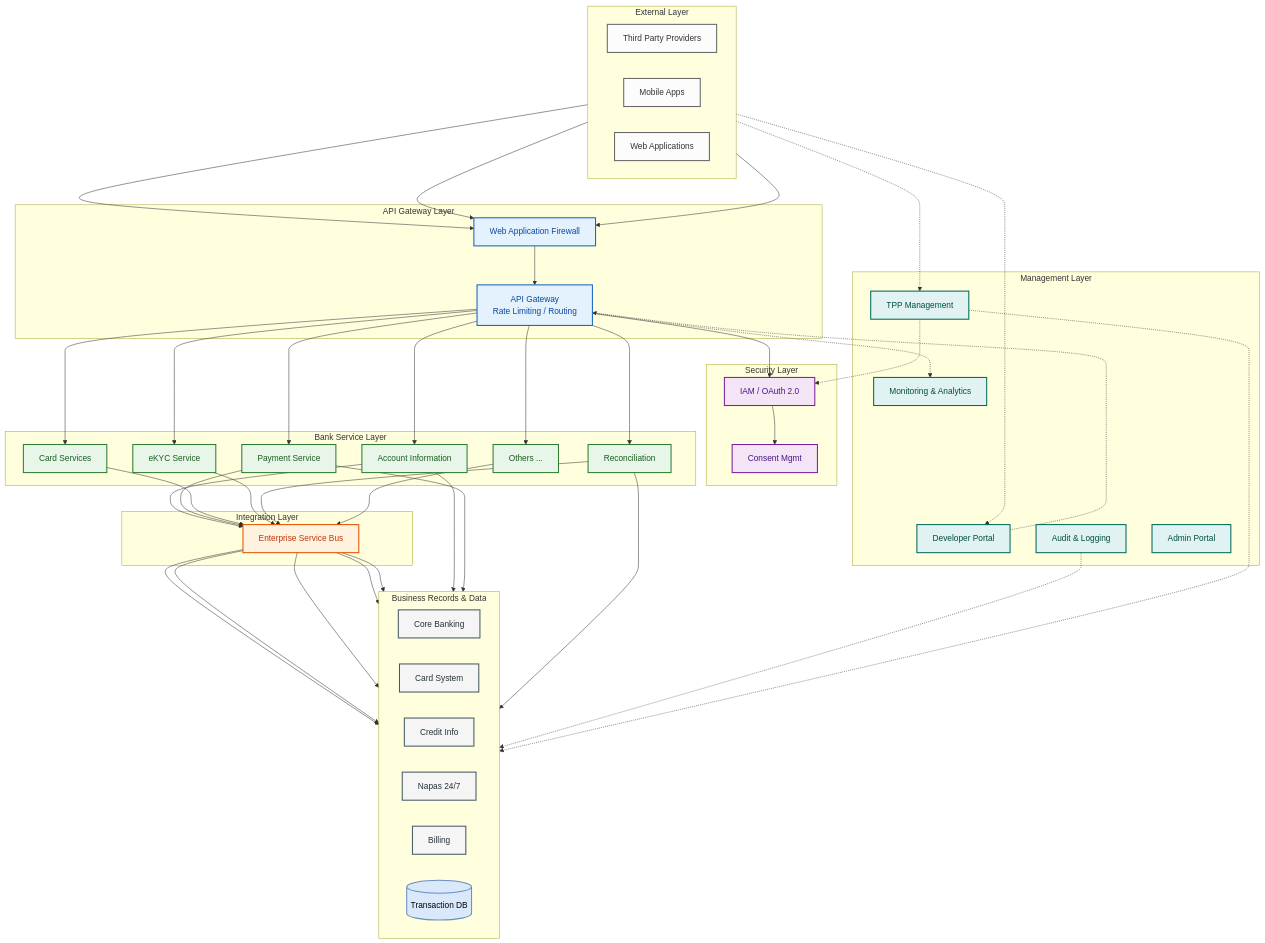
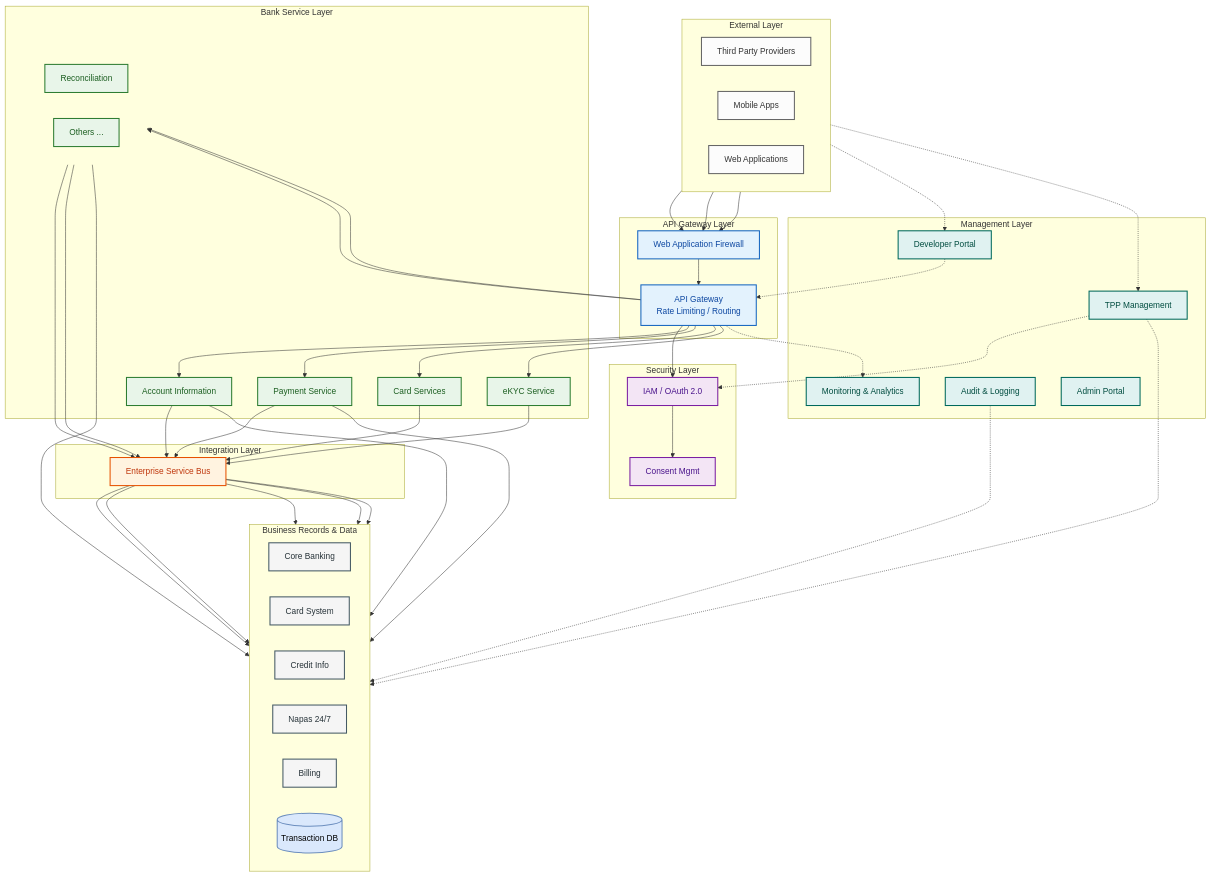
The first of 2 diagrams in 01-Kien-truc-he-thong.md (huuhoait/openbanking-vn-specs), drawn with Mermaid before and after one commit.

````diff
--- a/01-Kien-truc-he-thong.md
+++ b/01-Kien-truc-he-thong.md
@@ -19,7 +19,6 @@
     classDef data fill:#dae8fc,stroke:#6c8ebf,stroke-width:2px,color:#000
     classDef management fill:#e0f2f1,stroke:#00695c,stroke-width:2px,color:#004d40
 
-    %% --- External Layer (Top) ---
     subgraph External [External Layer]
         direction LR
         TPP[Third Party Providers]:::external
@@ -27,15 +26,11 @@
         Web[Web Applications]:::external
     end
     
-    %% --- Gateway Layer ---
     subgraph Gateway [API Gateway Layer]
         WAF[Web Application Firewall]:::gateway
         APIGW[API Gateway<br/>Rate Limiting / Routing]:::gateway
     end
 
-    %% --- Main Processing Block (Middle) ---
-    %% Using invisible links to force columns: Security | Services | Management
-    
     subgraph Security [Security Layer]
         IAM[IAM / OAuth 2.0]:::security
         Consent[Consent Mgmt]:::security
@@ -46,8 +41,11 @@
         PIS[Payment Service]:::service
         CardSvc[Card Services]:::service
         eKYC[eKYC Service]:::service
-        Recon[Reconciliation]:::service
-        OtherSvc[Others ...]:::service
+        subgraph Row [ ]
+            direction LR
+            Recon[Reconciliation]:::service
+            OtherSvc[Others ...]:::service
+        end
     end
     
     subgraph Management [Management Layer]
@@ -58,12 +56,10 @@
         AdminPortal[Admin Portal]:::management
     end
 
-    %% --- Integration Layer ---
     subgraph Integration [Integration Layer]
         ESB[Enterprise Service Bus]:::integration
     end
     
-    %% --- Backend Layer (Bottom) ---
     subgraph Backend [Business Records & Data]
         direction LR
         CoreBank[Core Banking]:::business
@@ -74,36 +70,28 @@
         DB[(Transaction DB)]:::data
     end
 
-    %% --- Relationships ---
-    
-    %% 1. Ingress
+    %% Connections
     TPP & Mobile & Web --> WAF --> APIGW
     
-    %% 2. Gateway Routing
     APIGW --> IAM
     APIGW --> AIS & PIS & CardSvc & eKYC & Recon & OtherSvc
     
-    %% 3. Security Flow
     IAM --> Consent
     
-    %% 4. Integration Flow
     AIS & PIS & CardSvc & eKYC & Recon & OtherSvc --> ESB
     
-    %% 5. Backend Flow
     ESB --> CoreBank & CardSystem & Napas & BillingSvc & CIC
     
-    %% 6. Data & Logging
     AIS & PIS & Recon --> DB
     Audit -.-> DB
     TPPMgmt -.-> DB
     
-    %% 7. Management & Cross-Cutting
     APIGW -.-> Monitor
     TPP -.-> DevPortal & TPPMgmt
     DevPortal -.-> APIGW
     TPPMgmt -.-> IAM
 
-    %% --- Layout Hints (Invisible Links) ---
-    %% Force horizontal alignment: Security <-> Services <-> Management
     Security ~~~ Services ~~~ Management
+    
+    style Row fill:none,stroke:none
 ```
````
